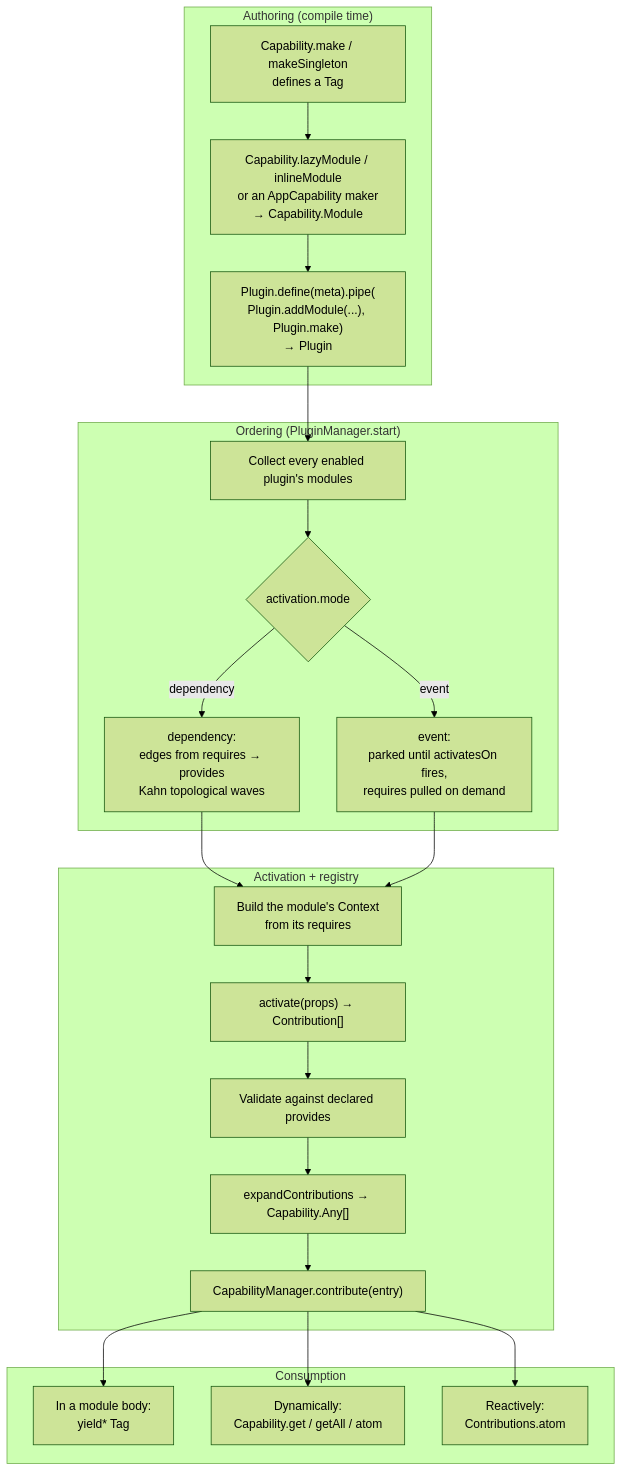
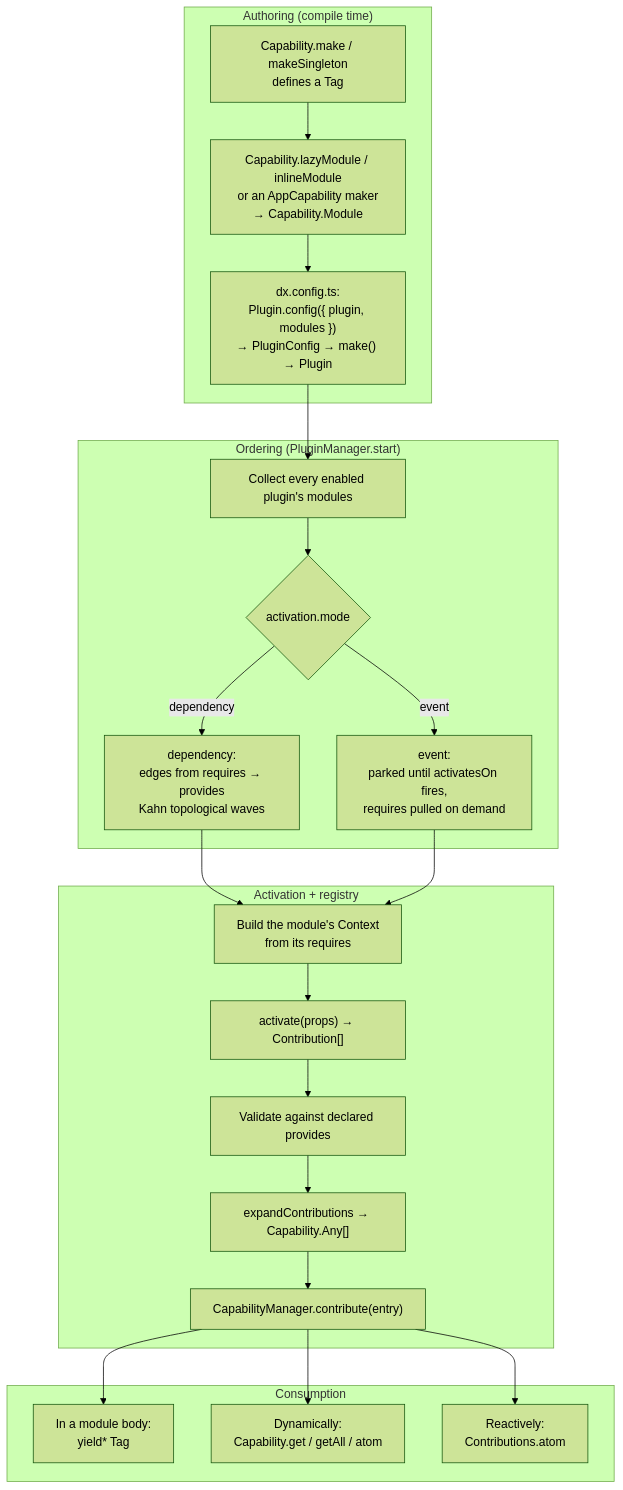
Before and after one commit to dxos/dxos: the second of 2 diagrams in packages/sdk/app-framework/docs/ARCHITECTURE.md, drawn with Mermaid (forest theme). The commit also changed other lines of this file and 2366 other files, not shown here.

Commit message:
plugins: define every plugin in dx.config.ts via Plugin.config (#13893)

````diff
--- a/packages/sdk/app-framework/docs/ARCHITECTURE.md
+++ b/packages/sdk/app-framework/docs/ARCHITECTURE.md
@@ -114,41 +130,41 @@
 ```mermaid
 flowchart TB
   subgraph authoring["Authoring (compile time)"]
     A1["Capability.make / makeSingleton<br/>defines a Tag"]
     A2["Capability.lazyModule / inlineModule<br/>or an AppCapability maker<br/>→ Capability.Module"]
-    A3["Plugin.define(meta).pipe(<br/>Plugin.addModule(...), Plugin.make)<br/>→ Plugin"]
+    A3["dx.config.ts:<br/>Plugin.config({ plugin, modules })<br/>→ PluginConfig → make() → Plugin"]
     A1 --> A2 --> A3
   end
 
   subgraph ordering["Ordering (PluginManager.start)"]
     B1["Collect every enabled plugin's modules"]
     B2{"activation.mode"}
     B3["dependency:<br/>edges from requires → provides<br/>Kahn topological waves"]
     B4["event:<br/>parked until activatesOn fires,<br/>requires pulled on demand"]
     B1 --> B2
     B2 -->|dependency| B3
     B2 -->|event| B4
   end
 
   subgraph runtime["Activation + registry"]
     C1["Build the module's Context<br/>from its requires"]
     C2["activate(props) → Contribution[]"]
     C3["Validate against declared provides"]
     C4["expandContributions → Capability.Any[]"]
     C5["CapabilityManager.contribute(entry)"]
     C1 --> C2 --> C3 --> C4 --> C5
   end
 
   subgraph consume["Consumption"]
     D1["In a module body:<br/>yield* Tag"]
     D2["Dynamically:<br/>Capability.get / getAll / atom"]
     D3["Reactively:<br/>Contributions.atom"]
   end
 
   A3 --> B1
   B3 --> C1
   B4 --> C1
   C5 --> D1
   C5 --> D2
   C5 --> D3
 ```
````
